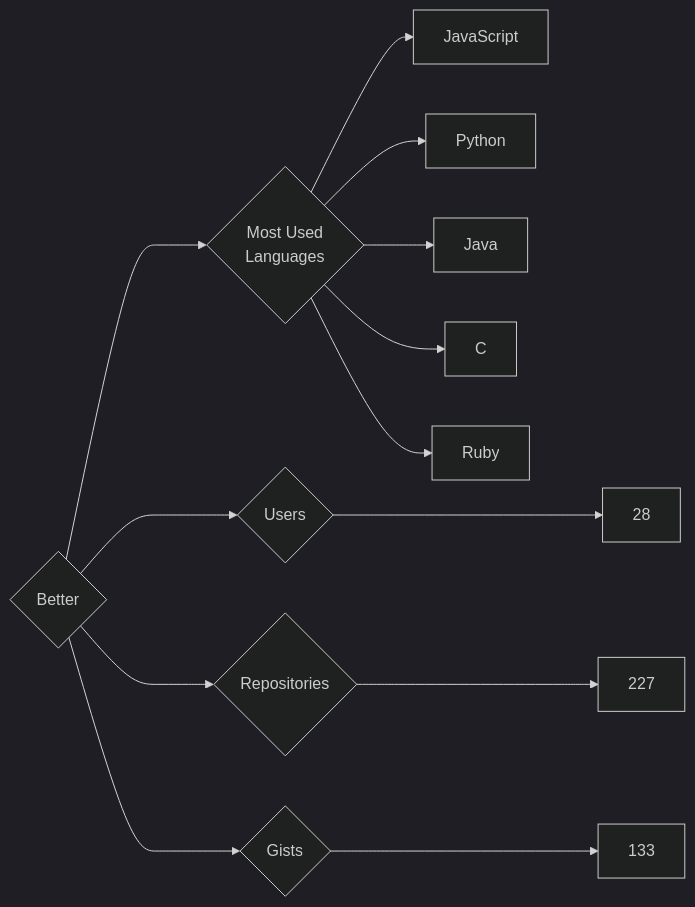
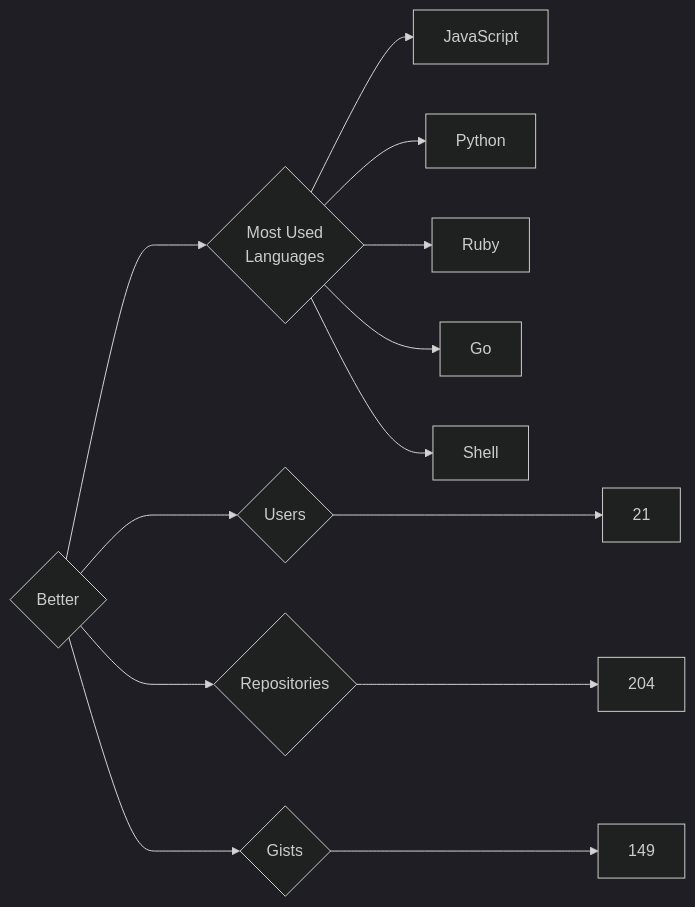
The diagram in targets/Better/README.md (trickest/insiders), drawn with Mermaid (dark theme) before and after one commit. The commit also changed 622 other files, not shown here.

````diff
--- a/targets/Better/README.md
+++ b/targets/Better/README.md
@@ -3,13 +3,13 @@
 ```mermaid
 graph LR
 COMPANY_NAME{Better}
-COMPANY_NAME ---> U{Users} ---> UN[28]
-COMPANY_NAME ---> R{Repositories} ---> RN[227]
-COMPANY_NAME ---> G{Gists} ---> GN[133]
+COMPANY_NAME ---> U{Users} ---> UN[21]
+COMPANY_NAME ---> R{Repositories} ---> RN[204]
+COMPANY_NAME ---> G{Gists} ---> GN[149]
 COMPANY_NAME ---> ML{Most Used<br>Languages}
 ML --> JavaScript[JavaScript]
 ML --> Python[Python]
-ML --> Java[Java]
-ML --> C[C]
 ML --> Ruby[Ruby]
+ML --> Go[Go]
+ML --> Shell[Shell]
 ```
````
